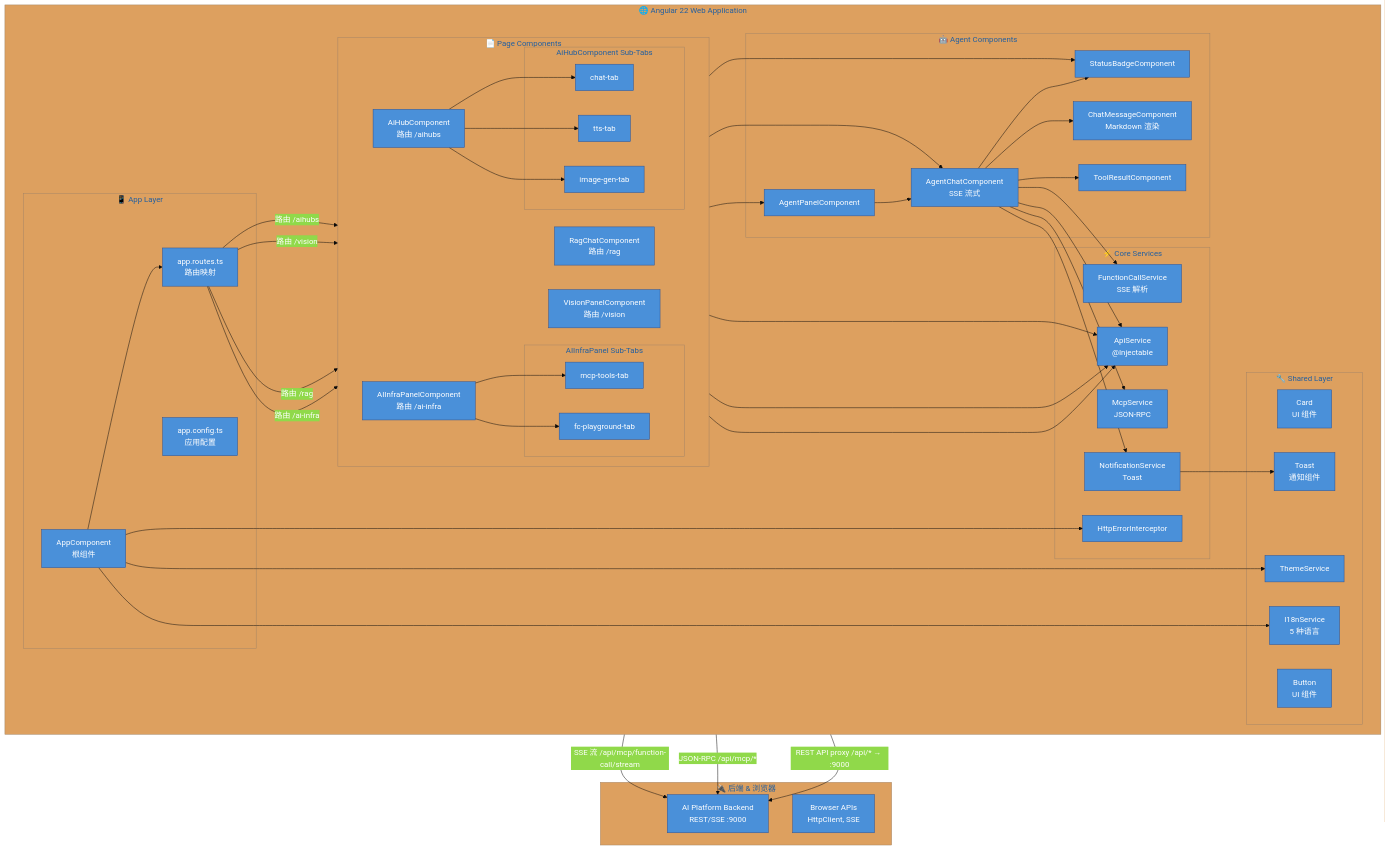
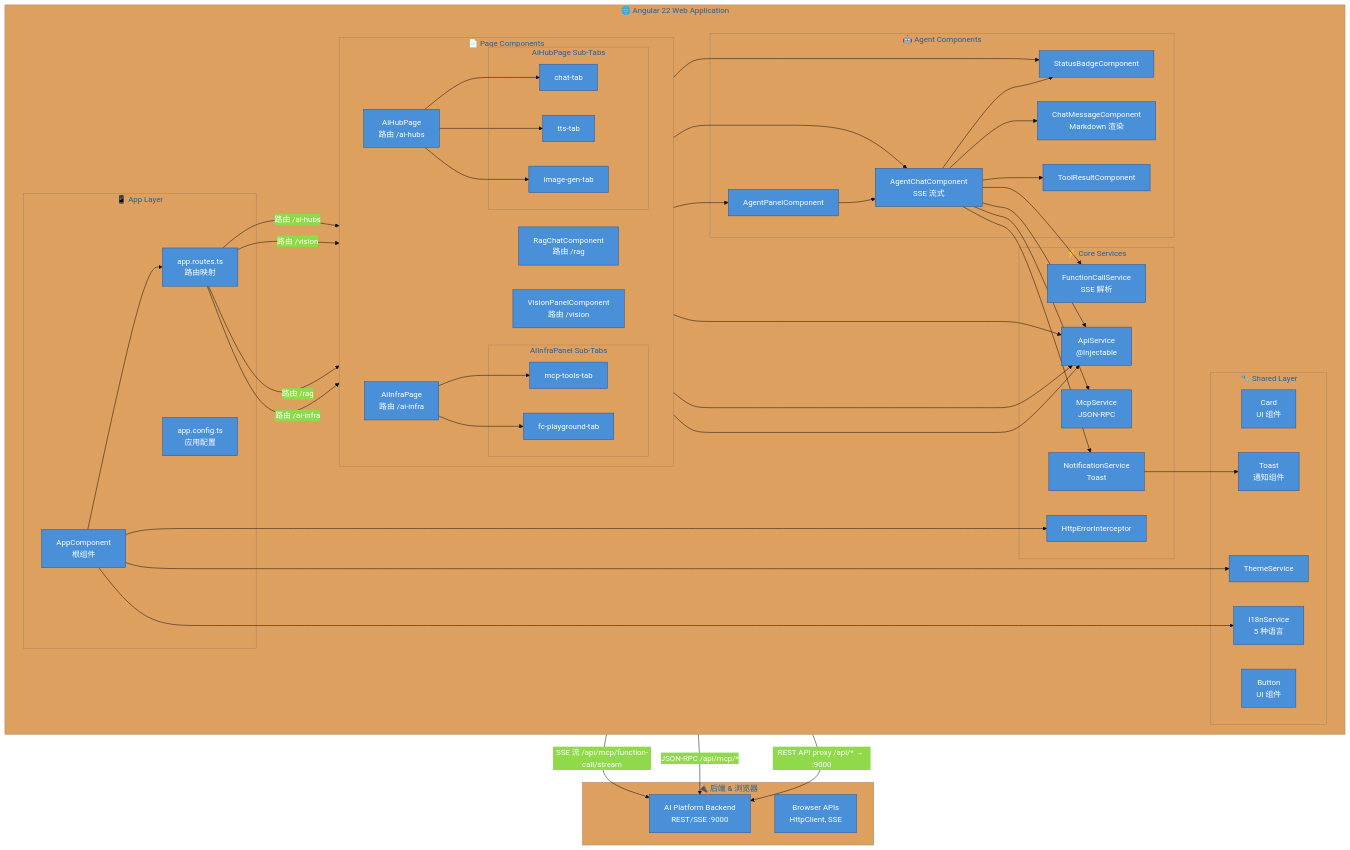
The fourth of 5 diagrams in docs/c4/C4-Mermaid.md (felixzhu97/explore-ai), drawn with Mermaid before and after one commit. The commit also changed 94 other files, not shown here.

First line of the commit message:
refactor: reorganize AI modules into ai-hub and ai-infra (#170)

```diff
--- a/docs/c4/C4-Mermaid.md
+++ b/docs/c4/C4-Mermaid.md
@@ -345,17 +345,17 @@
         subgraph PAGES["📄 Page Components"]
             direction LR
             
-            AI_INFRA["AIInfraPanelComponent\n路由 /ai-infra"]
+            AI_INFRA["AiInfraPage\n路由 /ai-infra"]
             RAG_CHAT["RagChatComponent\n路由 /rag"]
             VISION["VisionPanelComponent\n路由 /vision"]
-            AI_HUB["AiHubComponent\n路由 /aihubs"]
+            AI_HUB["AiHubPage\n路由 /ai-hubs"]
             
             subgraph AI_INFRA_TABS["AIInfraPanel Sub-Tabs"]
                 MCP_TAB["mcp-tools-tab"]
                 FC_TAB["fc-playground-tab"]
             end
             
-            subgraph AI_HUB_TABS["AiHubComponent Sub-Tabs"]
+            subgraph AI_HUB_TABS["AiHubPage Sub-Tabs"]
                 CHAT_TAB["chat-tab"]
                 TTS_TAB["tts-tab"]
                 IMG_TAB["image-gen-tab"]
@@ -396,7 +396,7 @@
     APP_ROUTES -->|"路由 /ai-infra"| AI_INFRA
     APP_ROUTES -->|"路由 /rag"| RAG_CHAT
     APP_ROUTES -->|"路由 /vision"| VISION
-    APP_ROUTES -->|"路由 /aihubs"| AI_HUB
+    APP_ROUTES -->|"路由 /ai-hubs"| AI_HUB
     APP_ROOT --> APP_ROUTES
 
     %% Page -> Sub Tabs
```
